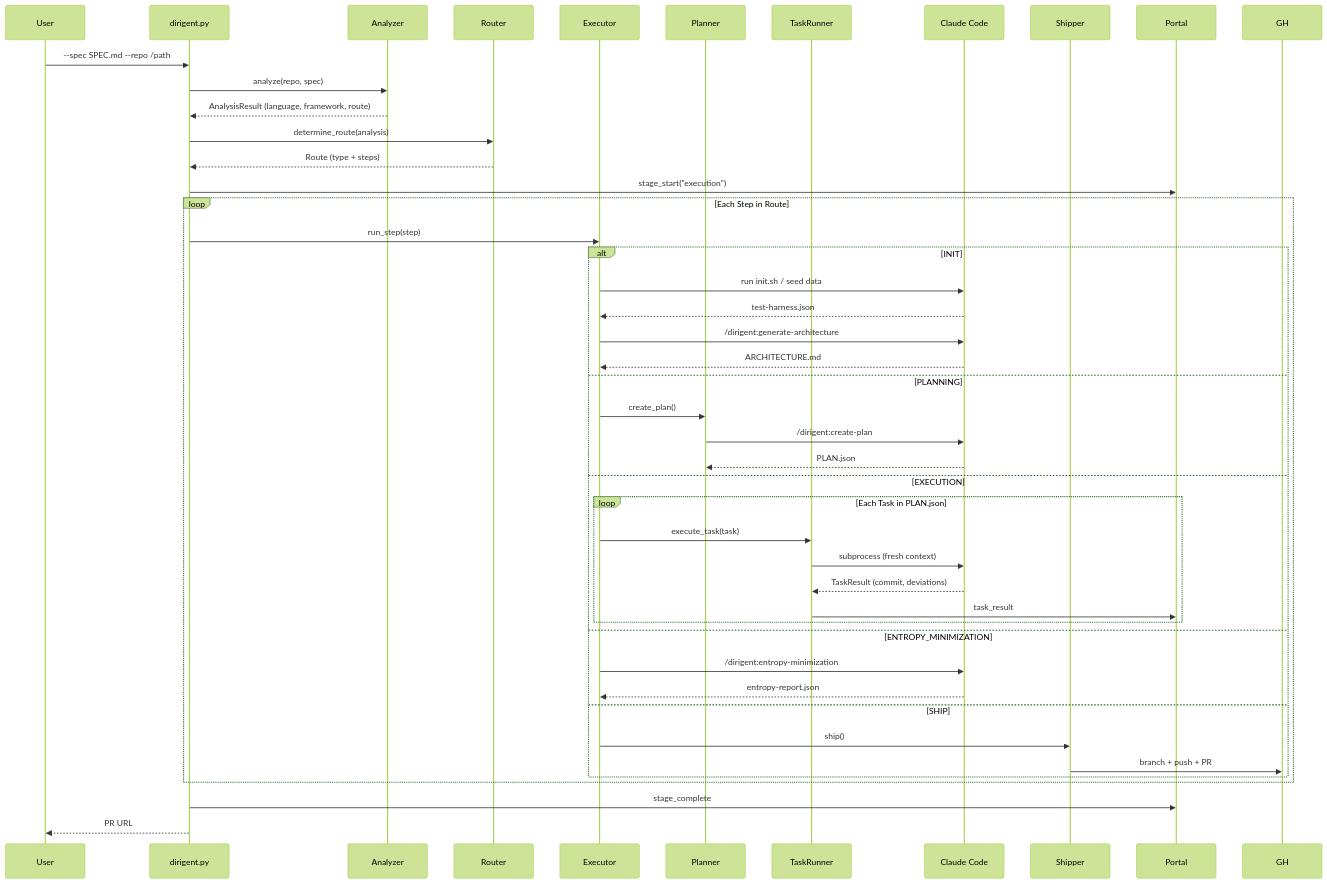
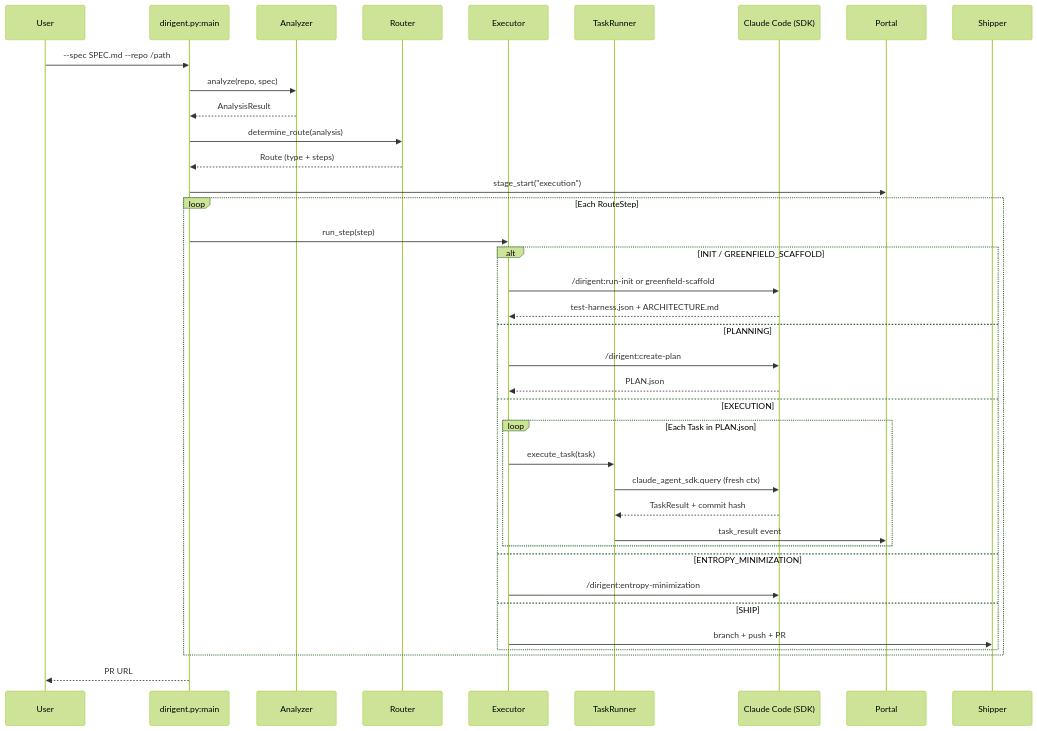
One commit to BIDEquity/outbid-dirigent changed the third of 6 diagrams in ARCHITECTURE.md. Above: the diagram before and after it, drawn with Mermaid (forest theme). The commit also changed other lines of this file, not shown here.

First line of the commit message:
docs: regenerate ARCHITECTURE.md via /generate-architecture --update

````diff
--- a/ARCHITECTURE.md
+++ b/ARCHITECTURE.md
@@ -32,51 +225,41 @@
 ```mermaid
 sequenceDiagram
     participant User
-    participant Dirigent as dirigent.py
+    participant Dirigent as dirigent.py:main
     participant Analyzer
     participant Router
     participant Executor
-    participant Planner
     participant TaskRunner
-    participant CC as Claude Code
-    participant Shipper
+    participant CC as Claude Code (SDK)
     participant Portal
 
     User->>Dirigent: --spec SPEC.md --repo /path
     Dirigent->>Analyzer: analyze(repo, spec)
-    Analyzer-->>Dirigent: AnalysisResult (language, framework, route)
+    Analyzer-->>Dirigent: AnalysisResult
     Dirigent->>Router: determine_route(analysis)
     Router-->>Dirigent: Route (type + steps)
     Dirigent->>Portal: stage_start("execution")
 
-    loop Each Step in Route
+    loop Each RouteStep
         Dirigent->>Executor: run_step(step)
-
-        alt INIT
-            Executor->>CC: run init.sh / seed data
-            CC-->>Executor: test-harness.json
-            Executor->>CC: /dirigent:generate-architecture
-            CC-->>Executor: ARCHITECTURE.md
+        alt INIT / GREENFIELD_SCAFFOLD
+            Executor->>CC: /dirigent:run-init or greenfield-scaffold
+            CC-->>Executor: test-harness.json + ARCHITECTURE.md
         else PLANNING
-            Executor->>Planner: create_plan()
-            Planner->>CC: /dirigent:create-plan
-            CC-->>Planner: PLAN.json
+            Executor->>CC: /dirigent:create-plan
+            CC-->>Executor: PLAN.json
         else EXECUTION
             loop Each Task in PLAN.json
                 Executor->>TaskRunner: execute_task(task)
-                TaskRunner->>CC: subprocess (fresh context)
-                CC-->>TaskRunner: TaskResult (commit, deviations)
-                TaskRunner->>Portal: task_result
+                TaskRunner->>CC: claude_agent_sdk.query (fresh ctx)
+                CC-->>TaskRunner: TaskResult + commit hash
+                TaskRunner->>Portal: task_result event
             end
         else ENTROPY_MINIMIZATION
             Executor->>CC: /dirigent:entropy-minimization
-            CC-->>Executor: entropy-report.json
         else SHIP
-            Executor->>Shipper: ship()
-            Shipper->>GH: branch + push + PR
+            Executor->>Shipper: branch + push + PR
         end
     end
-
-    Dirigent->>Portal: stage_complete
     Dirigent-->>User: PR URL
 ```
````
